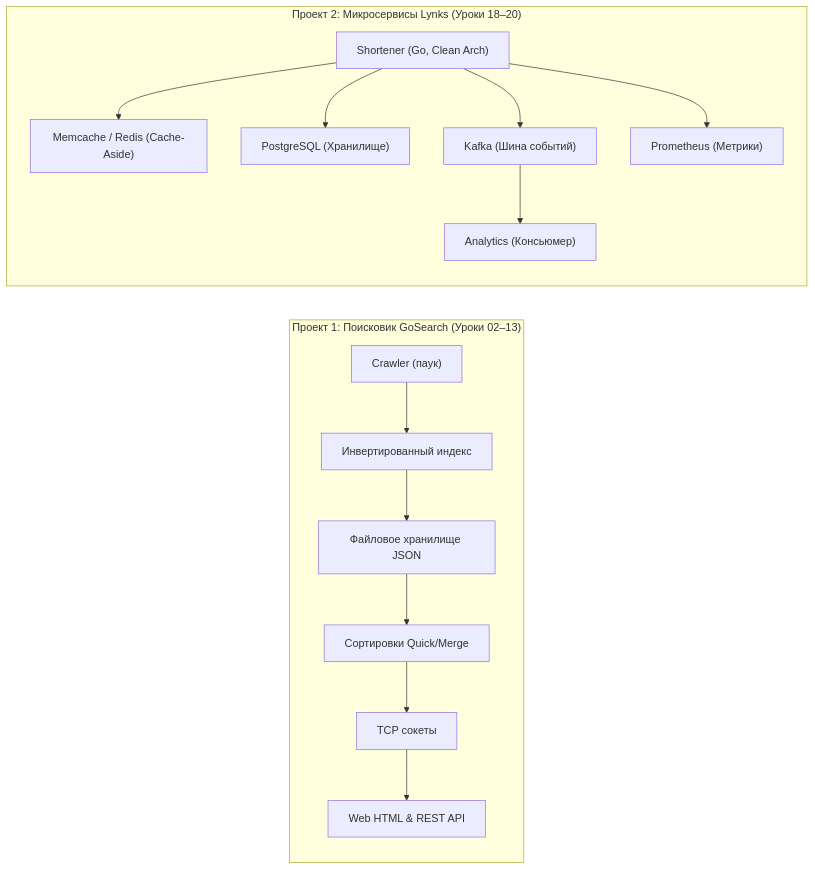
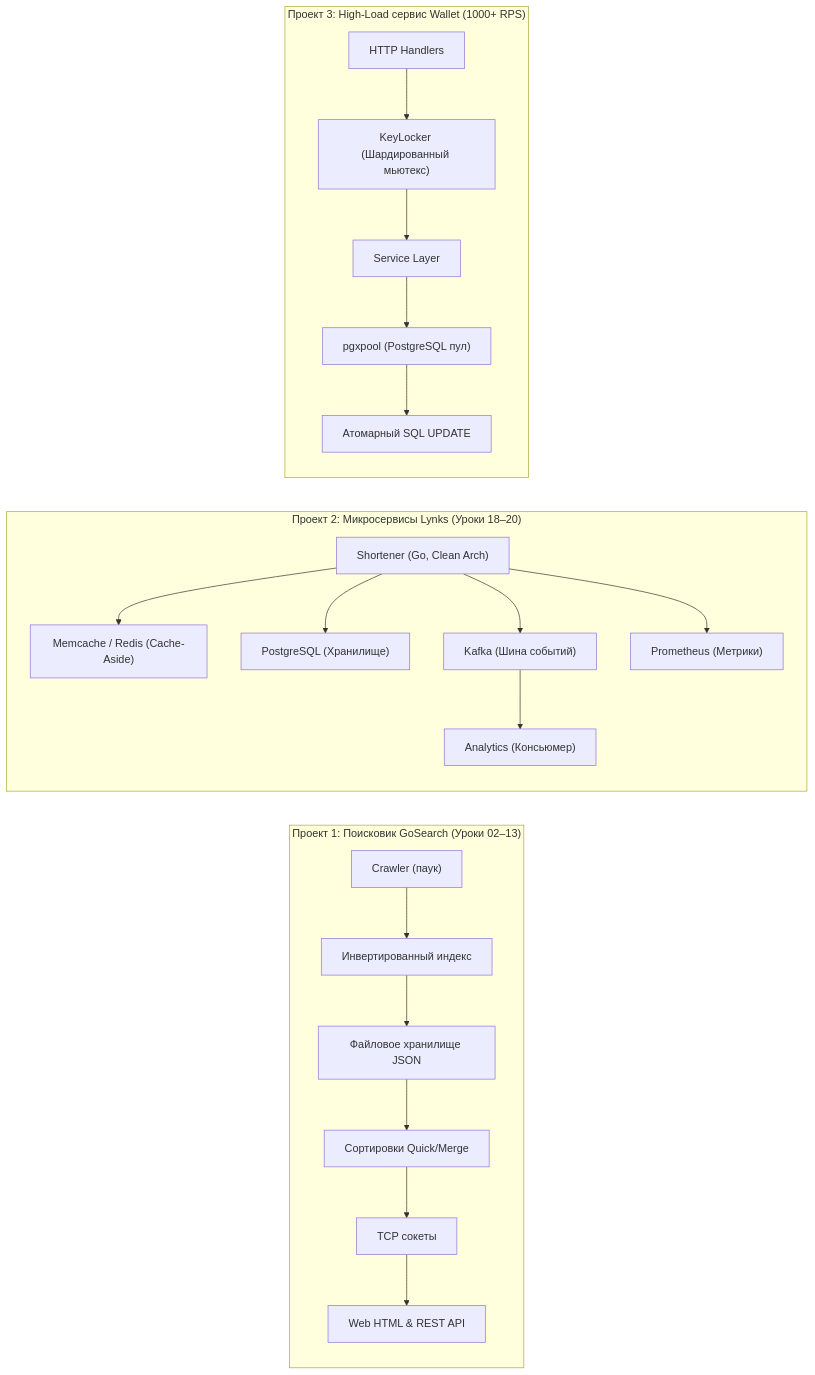
The second of 2 diagrams in go-documentation/course-codebase-guide.md (Alex808r/go-production-engineering), drawn with Mermaid before and after one commit. The commit also changed other lines of this file and 2 other files, not shown here.

Commit message:
docs: update root README and codebase guide with wallet service and enterprise topics

````diff
--- a/go-documentation/course-codebase-guide.md
+++ b/go-documentation/course-codebase-guide.md
@@ -349,18 +349,25 @@
 ```mermaid
 graph LR
     subgraph P1["Проект 1: Поисковик GoSearch (Уроки 02–13)"]
         A1["Crawler (паук)"] --> A2["Инвертированный индекс"]
         A2 --> A3["Файловое хранилище JSON"]
         A3 --> A4["Сортировки Quick/Merge"]
         A4 --> A5["TCP сокеты"]
         A5 --> A6["Web HTML & REST API"]
     end
 
     subgraph P2["Проект 2: Микросервисы Lynks (Уроки 18–20)"]
         B1["Shortener (Go, Clean Arch)"] --> B2["Memcache / Redis (Cache-Aside)"]
         B1 --> B3["PostgreSQL (Хранилище)"]
         B1 --> B4["Kafka (Шина событий)"]
         B4 --> B5["Analytics (Консьюмер)"]
         B1 --> B6["Prometheus (Метрики)"]
     end
+
+    subgraph P3["Проект 3: High-Load сервис Wallet (1000+ RPS)"]
+        C1["HTTP Handlers"] --> C2["KeyLocker (Шардированный мьютекс)"]
+        C2 --> C3["Service Layer"]
+        C3 --> C4["pgxpool (PostgreSQL пул)"]
+        C4 --> C5["Атомарный SQL UPDATE"]
+    end
 ```
````
